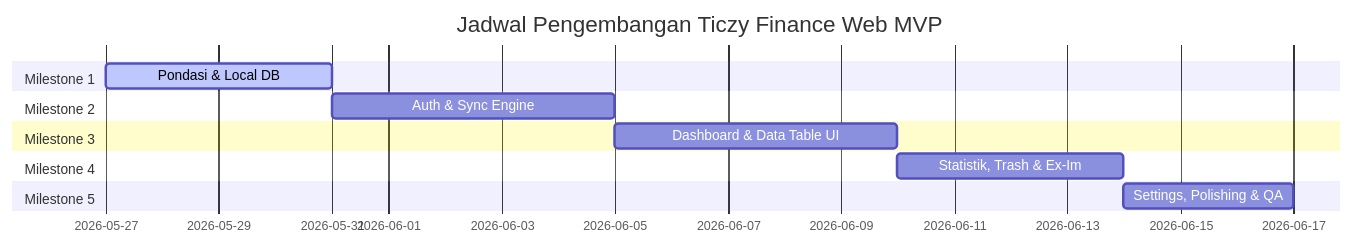
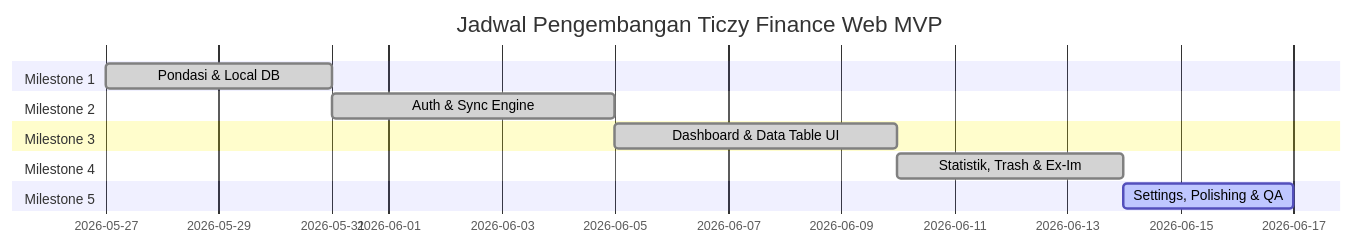
One commit to Parzello-Tech/ticzy-web changed the diagram in Planning/Planning MVP.md. Above: the diagram before and after it, drawn with Mermaid. The commit also changed other lines of this file and 5 other files, not shown here.

````diff
--- a/Planning/Planning MVP.md
+++ b/Planning/Planning MVP.md
@@ -98,15 +98,15 @@
 ```mermaid
 gantt
     title Jadwal Pengembangan Ticzy Finance Web MVP
     dateFormat  YYYY-MM-DD
     section Milestone 1
-    Pondasi & Local DB           :active, m1, 2026-05-27, 4d
+    Pondasi & Local DB           :done, m1, 2026-05-27, 4d
     section Milestone 2
-    Auth & Sync Engine          : m2, after m1, 5d
+    Auth & Sync Engine          :done, m2, after m1, 5d
     section Milestone 3
-    Dashboard & Data Table UI    : m3, after m2, 5d
+    Dashboard & Data Table UI    :done, m3, after m2, 5d
     section Milestone 4
-    Statistik, Trash & Ex-Im     : m4, after m3, 4d
+    Statistik, Trash & Ex-Im     :done, m4, after m3, 4d
     section Milestone 5
-    Settings, Polishing & QA     : m5, after m4, 3d
+    Settings, Polishing & QA     :active, m5, after m4, 3d
 ```
````
